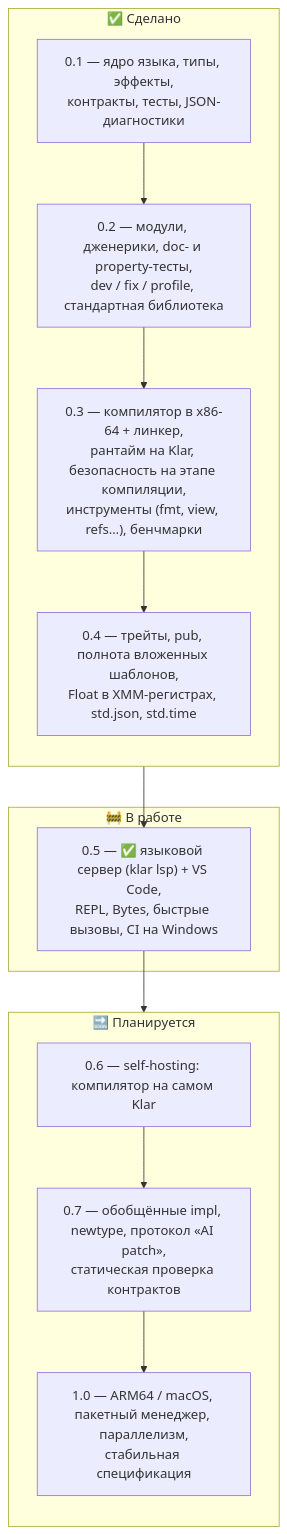
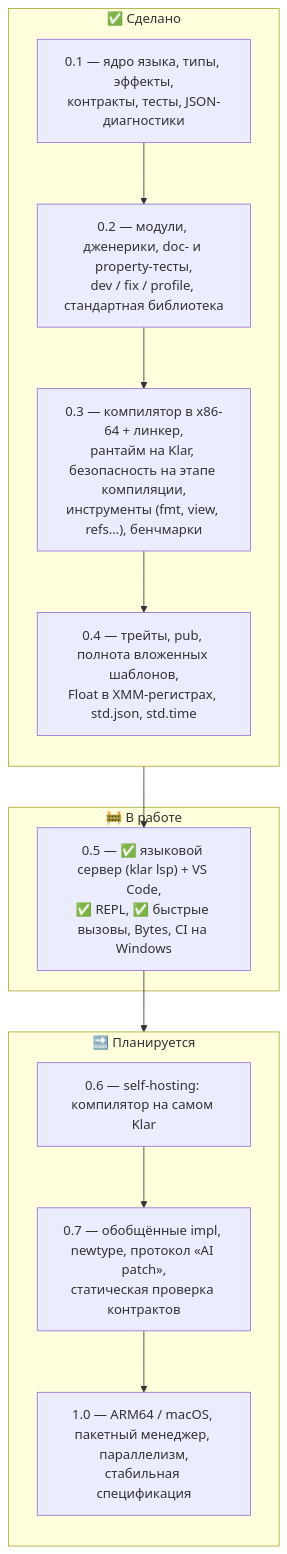
Before and after one commit to veosett/Klar: the second of 2 diagrams in README.ru.md, drawn with Mermaid. The commit also changed 13 other files, not shown here.

First line of the commit message:
Add klar repl; make native calls faster

````diff
--- a/README.ru.md
+++ b/README.ru.md
@@ -148,22 +148,22 @@
 ```mermaid
 flowchart TB
     subgraph done["✅ Сделано"]
         direction TB
         v01["0.1 — ядро языка, типы, эффекты,<br/>контракты, тесты, JSON-диагностики"]
         v02["0.2 — модули, дженерики, doc- и property-тесты,<br/>dev / fix / profile, стандартная библиотека"]
         v03["0.3 — компилятор в x86-64 + линкер,<br/>рантайм на Klar, безопасность на этапе компиляции,<br/>инструменты (fmt, view, refs…), бенчмарки"]
         v04["0.4 — трейты, pub, полнота вложенных шаблонов,<br/>Float в XMM-регистрах, std.json, std.time"]
         v01 --> v02 --> v03 --> v04
     end
     subgraph now["🚧 В работе"]
-        v05["0.5 — ✅ языковой сервер (klar lsp) + VS Code,<br/>REPL, Bytes, быстрые вызовы, CI на Windows"]
+        v05["0.5 — ✅ языковой сервер (klar lsp) + VS Code,<br/>✅ REPL, ✅ быстрые вызовы, Bytes, CI на Windows"]
     end
     subgraph next["🔜 Планируется"]
         direction TB
         v06["0.6 — self-hosting: компилятор на самом Klar"]
         v07["0.7 — обобщённые impl, newtype, протокол «AI patch»,<br/>статическая проверка контрактов"]
         v10["1.0 — ARM64 / macOS, пакетный менеджер, параллелизм,<br/>стабильная спецификация"]
         v06 --> v07 --> v10
     end
     v04 --> v05 --> v06
 ```
````
